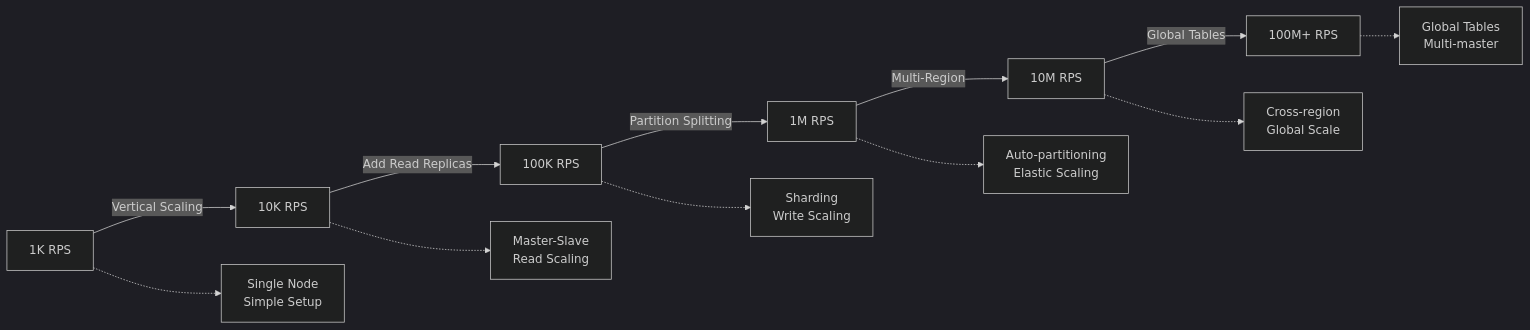
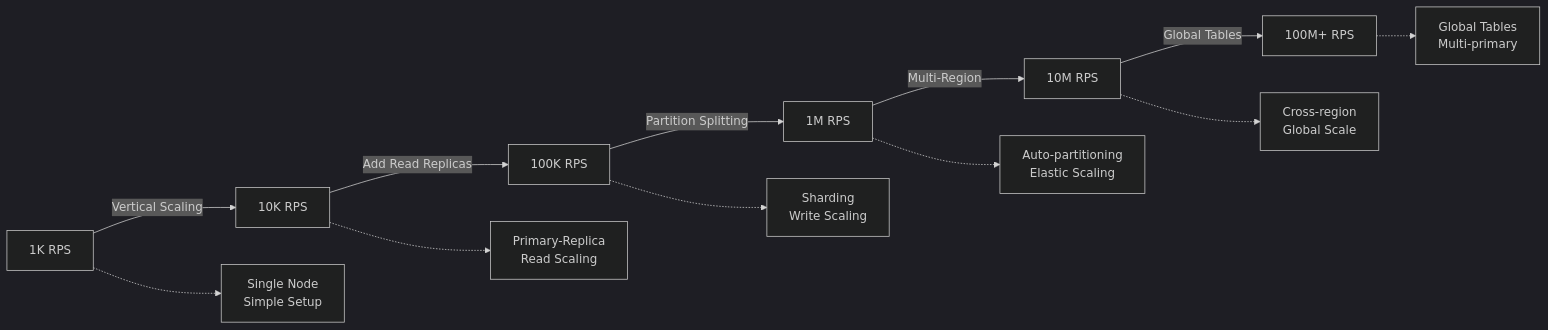
Before and after one commit to deepaucksharma/DStudio: the second of 4 diagrams in docs/architects-handbook/case-studies/databases/amazon-dynamo.md, drawn with Mermaid (dark theme). The commit also changed 186 other files, not shown here.

````diff
--- a/docs/architects-handbook/case-studies/databases/amazon-dynamo.md
+++ b/docs/architects-handbook/case-studies/databases/amazon-dynamo.md
@@ -250,15 +250,15 @@
 ```mermaid
 graph LR
  A[1K RPS] -->|Vertical Scaling| B[10K RPS]
  B -->|Add Read Replicas| C[100K RPS]
  C -->|Partition Splitting| D[1M RPS]
  D -->|Multi-Region| E[10M RPS]
  E -->|Global Tables| F[100M+ RPS]
  
  A -.-> A1[Single Node<br/>Simple Setup]
- B -.-> B1[Master-Slave<br/>Read Scaling]
+ B -.-> B1[Primary-Replica<br/>Read Scaling]
  C -.-> C1[Sharding<br/>Write Scaling]
  D -.-> D1[Auto-partitioning<br/>Elastic Scaling]
  E -.-> E1[Cross-region<br/>Global Scale]
- F -.-> F1[Global Tables<br/>Multi-master]
+ F -.-> F1[Global Tables<br/>Multi-primary]
 ```
````
